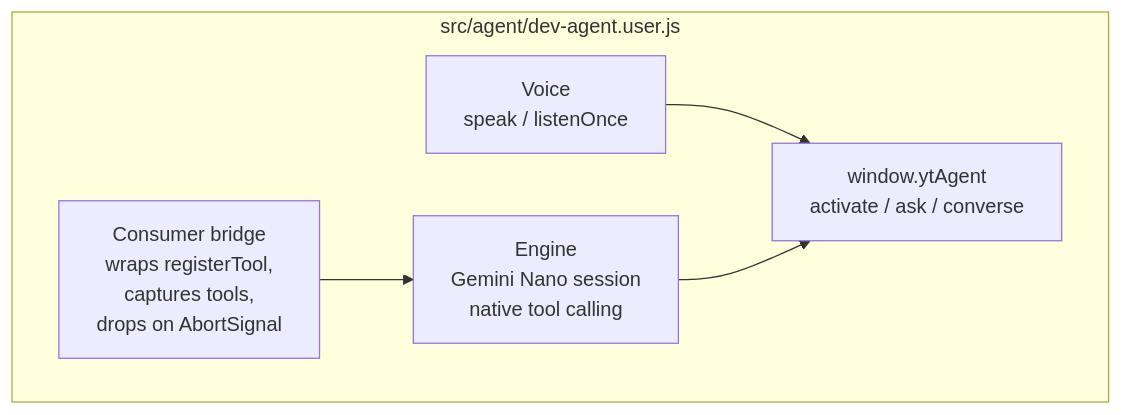
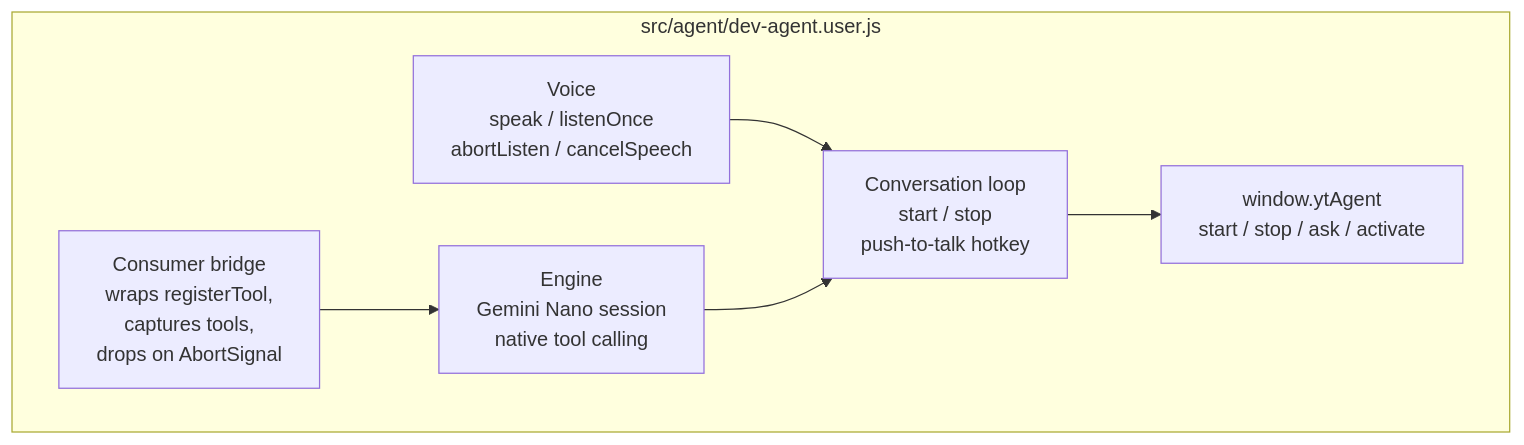
The fifth of 6 diagrams in docs/architecture/yt-a11y-agent.md (camelburrito/yt-a11y-agent), drawn with Mermaid before and after one commit. The commit also changed other lines of this file and 5 other files, not shown here.

First line of the commit message:
Agent v0.4.0: hands-free conversation loop (start/stop) + push-to-talk

````diff
--- a/docs/architecture/yt-a11y-agent.md
+++ b/docs/architecture/yt-a11y-agent.md
@@ -154,12 +154,14 @@
 ```mermaid
 flowchart TB
   subgraph consumer[src/agent/dev-agent.user.js]
     bridge[Consumer bridge<br/>wraps registerTool,<br/>captures tools,<br/>drops on AbortSignal]
     engine[Engine<br/>Gemini Nano session<br/>native tool calling]
-    voicem[Voice<br/>speak / listenOnce]
-    api[window.ytAgent<br/>activate / ask / converse]
+    voicem[Voice<br/>speak / listenOnce<br/>abortListen / cancelSpeech]
+    loop[Conversation loop<br/>start / stop<br/>push-to-talk hotkey]
+    api[window.ytAgent<br/>start / stop / ask / activate]
   end
   bridge --> engine
-  voicem --> api
-  engine --> api
+  voicem --> loop
+  engine --> loop
+  loop --> api
 ```
````
